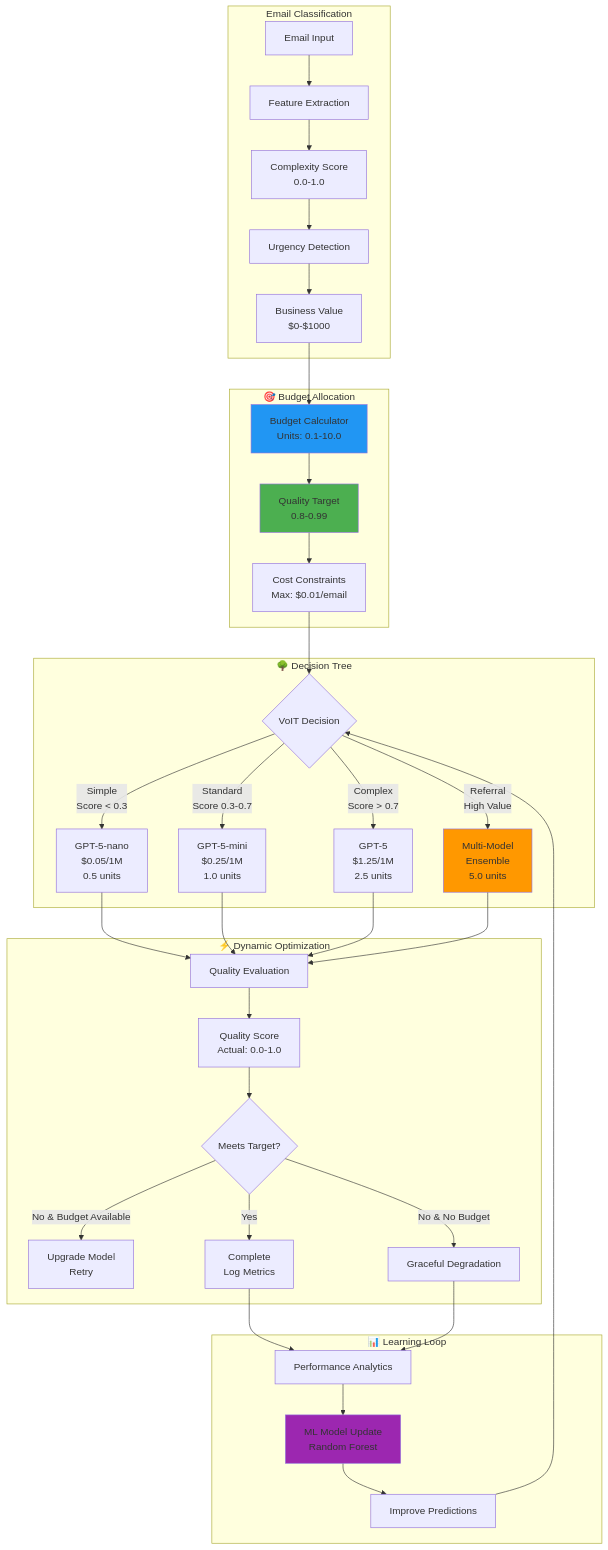
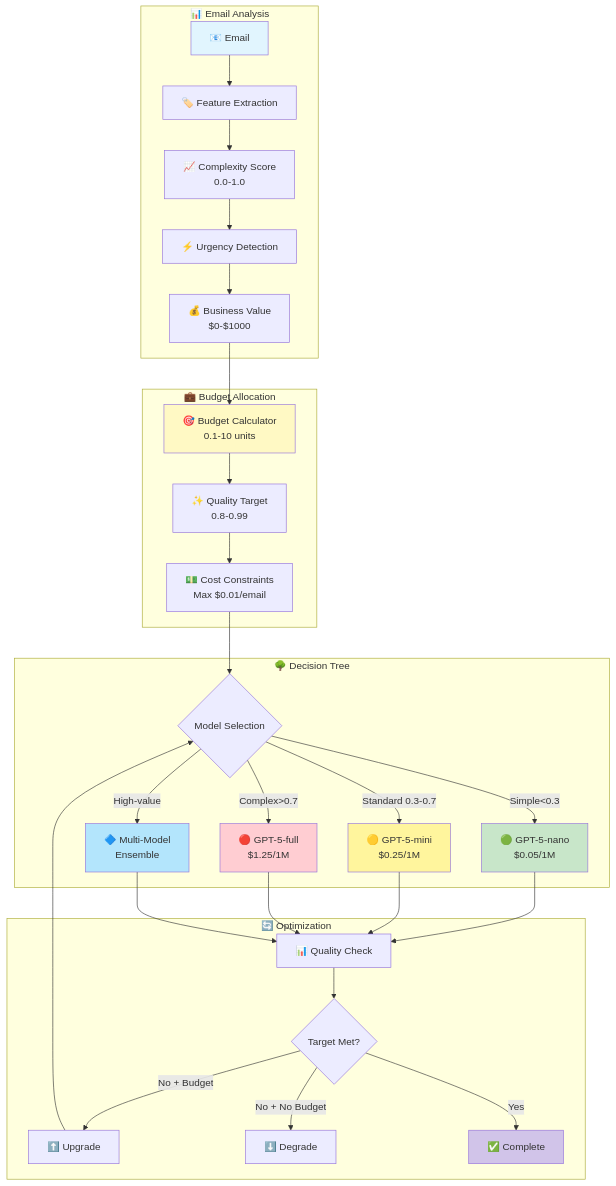
Before and after one commit to romiteld/ZohoDealCreation: the eighth of 13 diagrams in ARCHITECTURE.md, drawn with Mermaid. The commit also changed other lines of this file and 2 other files, not shown here.

First line of the commit message:
Architecture: Update C4 diagrams to accurately reflect codebase and Azure infrastructure

````diff
--- a/ARCHITECTURE.md
+++ b/ARCHITECTURE.md
@@ -265,48 +437,40 @@
 ```mermaid
-graph TD
-    subgraph "Email Classification"
-        EMAIL[Email Input] --> FEATURES[Feature Extraction]
-        FEATURES --> COMPLEXITY[Complexity Score<br/>0.0-1.0]
-        COMPLEXITY --> URGENCY[Urgency Detection]
-        URGENCY --> VALUE[Business Value<br/>$0-$1000]
+flowchart TB
+    subgraph "📊 Email Analysis"
+        A[📧 Email] --> B[🏷️ Feature Extraction]
+        B --> C[📈 Complexity Score<br/>0.0-1.0]
+        C --> D[⚡ Urgency Detection]
+        D --> E[💰 Business Value<br/>$0-$1000]
     end
     
-    subgraph "🎯 Budget Allocation"
-        VALUE --> BUDGET[Budget Calculator<br/>Units: 0.1-10.0]
-        BUDGET --> QUALITY[Quality Target<br/>0.8-0.99]
-        QUALITY --> CONSTRAINTS[Cost Constraints<br/>Max: $0.01/email]
+    subgraph "💼 Budget Allocation"
+        E --> F[🎯 Budget Calculator<br/>0.1-10 units]
+        F --> G[✨ Quality Target<br/>0.8-0.99]
+        G --> H[💵 Cost Constraints<br/>Max $0.01/email]
     end
     
     subgraph "🌳 Decision Tree"
-        CONSTRAINTS --> TREE{VoIT Decision}
-        TREE -->|Simple<br/>Score < 0.3| NANO[GPT-5-nano<br/>$0.05/1M<br/>0.5 units]
-        TREE -->|Standard<br/>Score 0.3-0.7| MINI[GPT-5-mini<br/>$0.25/1M<br/>1.0 units]
-        TREE -->|Complex<br/>Score > 0.7| FULL[GPT-5<br/>$1.25/1M<br/>2.5 units]
-        TREE -->|Referral<br/>High Value| MULTI[Multi-Model<br/>Ensemble<br/>5.0 units]
+        H --> I{Model Selection}
+        I -->|Simple<0.3| J[🟢 GPT-5-nano<br/>$0.05/1M]
+        I -->|Standard 0.3-0.7| K[🟡 GPT-5-mini<br/>$0.25/1M]
+        I -->|Complex>0.7| L[🔴 GPT-5-full<br/>$1.25/1M]
+        I -->|High-value| M[🔷 Multi-Model<br/>Ensemble]
     end
     
-    subgraph "⚡ Dynamic Optimization"
-        NANO --> EVAL[Quality Evaluation]
-        MINI --> EVAL
-        FULL --> EVAL
-        MULTI --> EVAL
-        EVAL --> SCORE[Quality Score<br/>Actual: 0.0-1.0]
-        SCORE --> COMPARE{Meets Target?}
-        COMPARE -->|No & Budget Available| UPGRADE[Upgrade Model<br/>Retry]
-        COMPARE -->|No & No Budget| FALLBACK[Graceful Degradation]
-        COMPARE -->|Yes| SUCCESS[Complete<br/>Log Metrics]
+    subgraph "🔄 Optimization"
+        J & K & L & M --> N[📊 Quality Check]
+        N --> O{Target Met?}
+        O -->|No + Budget| P[⬆️ Upgrade]
+        O -->|No + No Budget| Q[⬇️ Degrade]
+        O -->|Yes| R[✅ Complete]
+        P --> I
     end
     
-    subgraph "📊 Learning Loop"
-        SUCCESS --> ANALYTICS[Performance Analytics]
-        FALLBACK --> ANALYTICS
-        ANALYTICS --> ML[ML Model Update<br/>Random Forest]
-        ML --> IMPROVE[Improve Predictions]
-        IMPROVE --> TREE
-    end
-    
-    style BUDGET fill:#2196F3
-    style QUALITY fill:#4CAF50
-    style MULTI fill:#FF9800
-    style ML fill:#9C27B0
+    style A fill:#e1f5fe
+    style F fill:#fff9c4
+    style J fill:#c8e6c9
+    style K fill:#fff59d
+    style L fill:#ffcdd2
+    style M fill:#b3e5fc
+    style R fill:#d1c4e9
 ```
````
